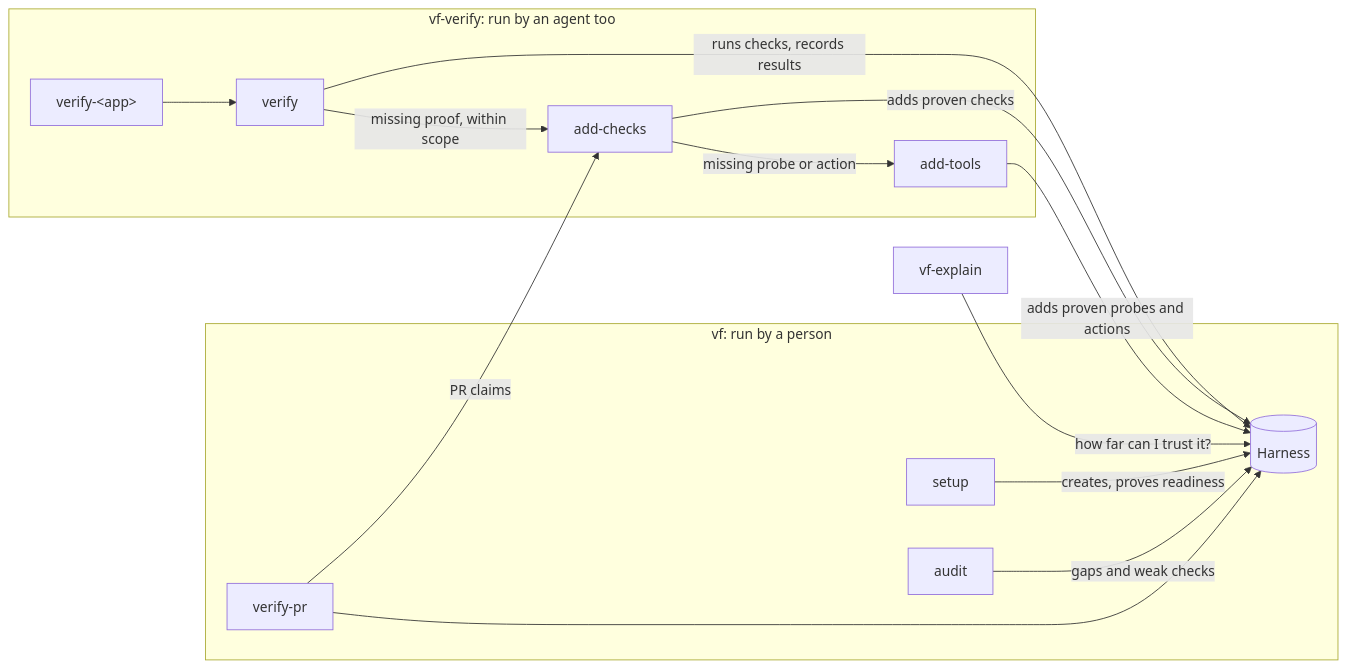
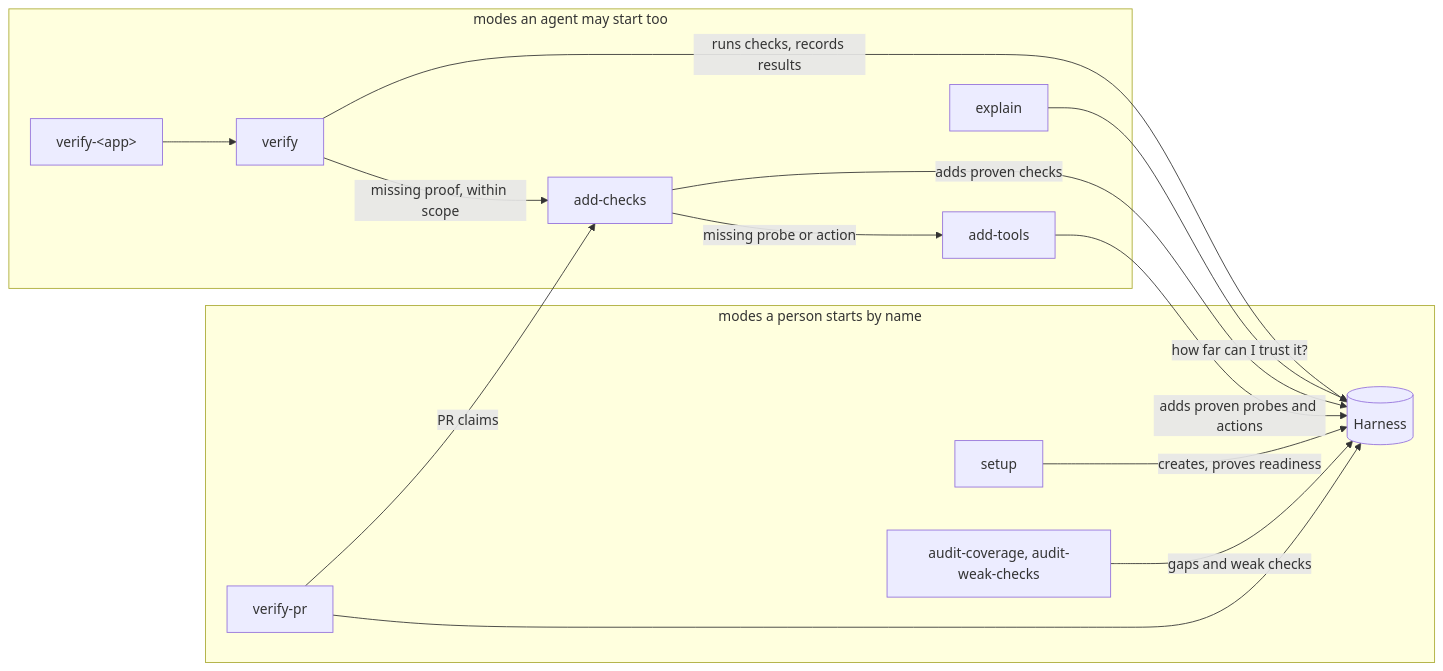
One commit to kennymatsudo/verification-framework changed the second of 2 diagrams in docs/architecture.md. Above: the diagram before and after it, drawn with Mermaid. The commit also changed other lines of this file and 57 other files, not shown here.

````diff
--- a/docs/architecture.md
+++ b/docs/architecture.md
@@ -61,18 +61,19 @@
 ```mermaid
 flowchart LR
-  subgraph vf[vf: run by a person]
+  subgraph person[modes a person starts by name]
     setup[setup] -->|creates, proves readiness| H[(Harness)]
-    audit[audit] -->|gaps and weak checks| H
+    audit[audit-coverage, audit-weak-checks] -->|gaps and weak checks| H
     pr[verify-pr] --> H
   end
-  subgraph vfv[vf-verify: run by an agent too]
+  subgraph agent[modes an agent may start too]
     app[verify-&lt;app&gt;] --> verify[verify]
     verify -->|missing proof, within scope| build[add-checks]
     build -->|missing probe or action| tools[add-tools]
+    explain[explain]
   end
   verify -->|runs checks, records results| H
   build -->|adds proven checks| H
   tools -->|adds proven probes and actions| H
   pr -->|PR claims| build
-  explain[vf-explain] -->|how far can I trust it?| H
+  explain -->|how far can I trust it?| H
 ```
````
